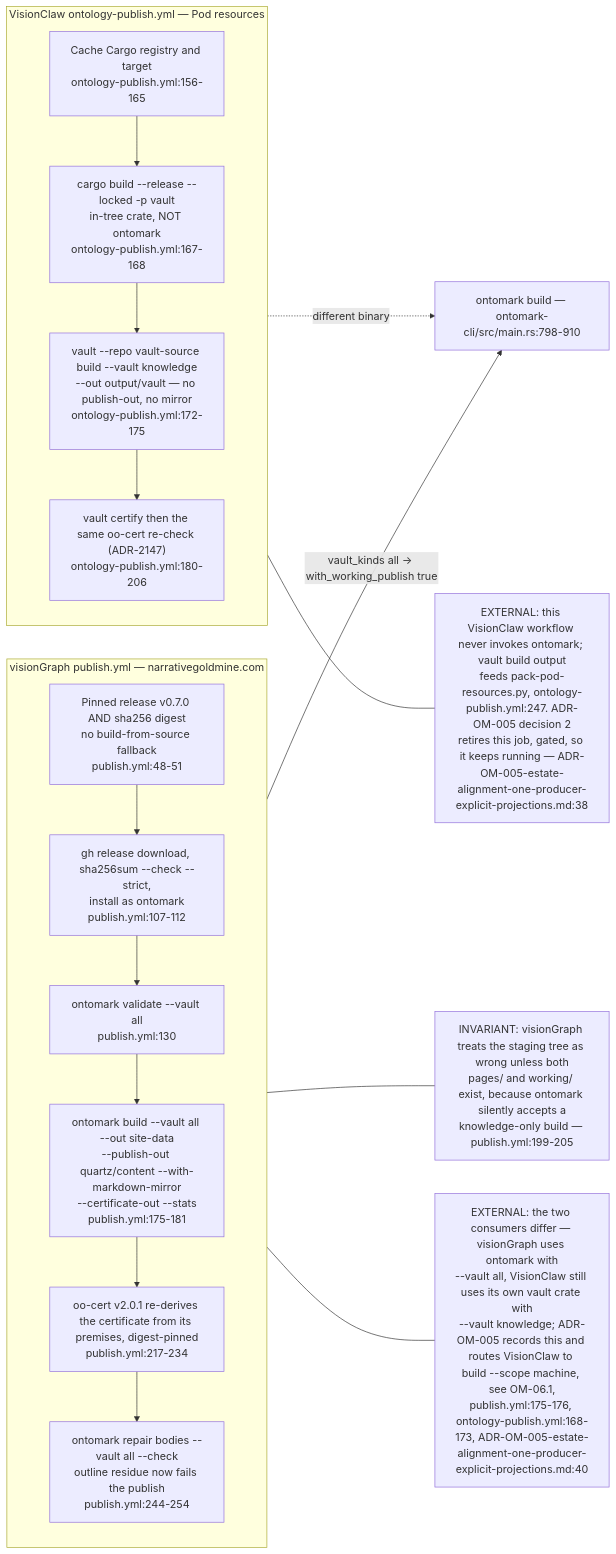
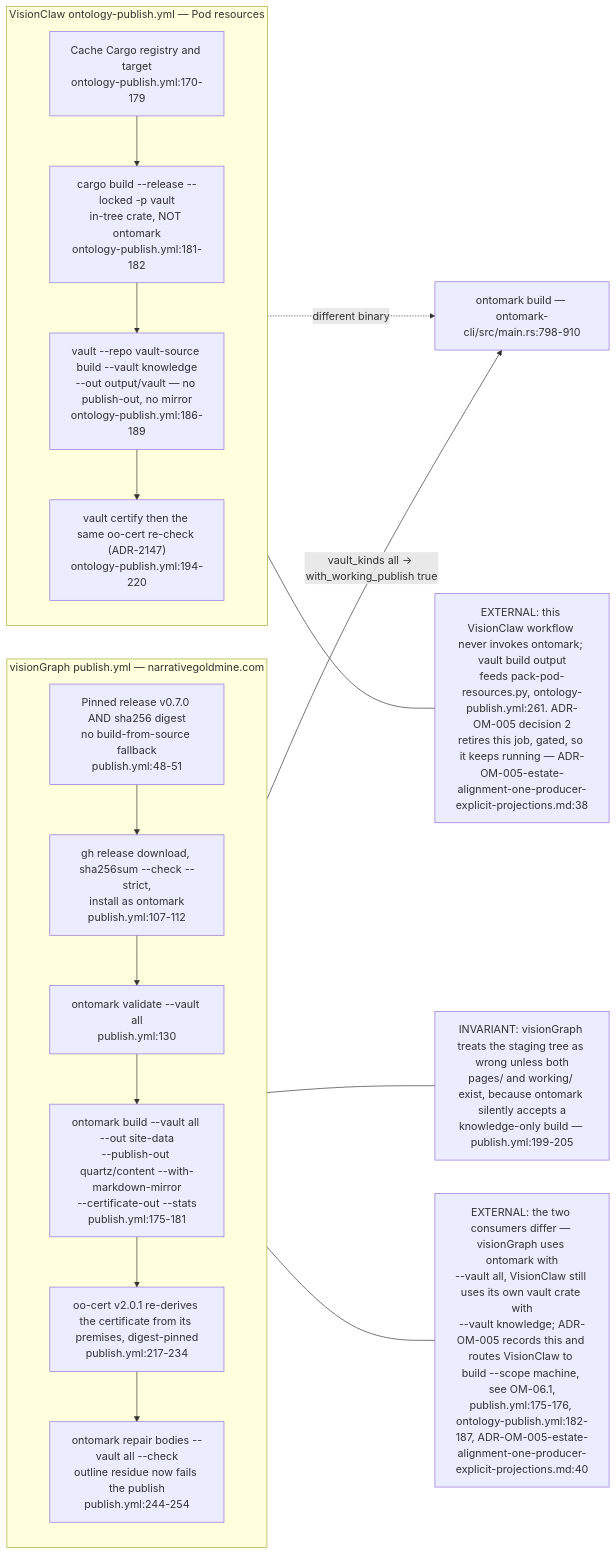
One commit to DreamLab-AI/VisionFlow changed the fifth of 6 diagrams in docs/diagrams/ontomark/05-cli-commands-vault-selector-and-exit-codes.md. Above: the diagram before and after it, drawn with Mermaid. The commit also changed other lines of this file and 154 other files, not shown here.

First line of the commit message:
docs(diagrams): re-stamp 154 topics whose every citation still reads the same text at the current heads

````diff
--- a/docs/diagrams/ontomark/05-cli-commands-vault-selector-and-exit-codes.md
+++ b/docs/diagrams/ontomark/05-cli-commands-vault-selector-and-exit-codes.md
@@ -203,30 +203,30 @@
 ```mermaid
 flowchart LR
     subgraph VG["visionGraph publish.yml — narrativegoldmine.com"]
         direction TB
         VGPIN["Pinned release v0.7.0 AND sha256 digest<br/>no build-from-source fallback<br/>publish.yml:48-51"]
         VGFETCH["gh release download, sha256sum --check --strict,<br/>install as ontomark<br/>publish.yml:107-112"]
         VGVAL["ontomark validate --vault all<br/>publish.yml:130"]
         VGBUILD["ontomark build --vault all --out site-data<br/>--publish-out quartz/content --with-markdown-mirror<br/>--certificate-out --stats<br/>publish.yml:175-181"]
         VGCERT["oo-cert v2.0.1 re-derives the certificate from its premises, digest-pinned<br/>publish.yml:217-234"]
         VGREP["ontomark repair bodies --vault all --check<br/>outline residue now fails the publish<br/>publish.yml:244-254"]
         VGPIN --> VGFETCH --> VGVAL --> VGBUILD --> VGCERT --> VGREP
     end
     subgraph VC["VisionClaw ontology-publish.yml — Pod resources"]
         direction TB
-        VCCACHE["Cache Cargo registry and target<br/>ontology-publish.yml:156-165"]
-        VCBUILD["cargo build --release --locked -p vault<br/>in-tree crate, NOT ontomark<br/>ontology-publish.yml:167-168"]
-        VCRUN["vault --repo vault-source build --vault knowledge<br/>--out output/vault — no publish-out, no mirror<br/>ontology-publish.yml:172-175"]
-        VCCERT["vault certify then the same oo-cert re-check (ADR-2147)<br/>ontology-publish.yml:180-206"]
+        VCCACHE["Cache Cargo registry and target<br/>ontology-publish.yml:170-179"]
+        VCBUILD["cargo build --release --locked -p vault<br/>in-tree crate, NOT ontomark<br/>ontology-publish.yml:181-182"]
+        VCRUN["vault --repo vault-source build --vault knowledge<br/>--out output/vault — no publish-out, no mirror<br/>ontology-publish.yml:186-189"]
+        VCCERT["vault certify then the same oo-cert re-check (ADR-2147)<br/>ontology-publish.yml:194-220"]
         VCCACHE --> VCBUILD --> VCRUN --> VCCERT
     end
     BIN["ontomark build — ontomark-cli/src/main.rs:798-910"]
     VGBUILD -->|"vault_kinds all -> with_working_publish true"| BIN
     VCRUN -.->|"different binary"| BIN
-    n1["EXTERNAL: the two consumers differ — visionGraph uses ontomark with<br/>--vault all, VisionClaw still uses its own vault crate with<br/>--vault knowledge; ADR-OM-005 records this and routes VisionClaw to build --scope machine, see OM-06.1,<br/>publish.yml:175-176, ontology-publish.yml:168-173, ADR-OM-005-estate-alignment-one-producer-explicit-projections.md:40"]
-    n2["EXTERNAL: this VisionClaw workflow never invokes ontomark; vault build output<br/>feeds pack-pod-resources.py, ontology-publish.yml:247. ADR-OM-005 decision 2<br/>retires this job, gated, so it keeps running — ADR-OM-005-estate-alignment-one-producer-explicit-projections.md:38"]
+    n1["EXTERNAL: the two consumers differ — visionGraph uses ontomark with<br/>--vault all, VisionClaw still uses its own vault crate with<br/>--vault knowledge; ADR-OM-005 records this and routes VisionClaw to build --scope machine, see OM-06.1,<br/>publish.yml:175-176, ontology-publish.yml:182-187, ADR-OM-005-estate-alignment-one-producer-explicit-projections.md:40"]
+    n2["EXTERNAL: this VisionClaw workflow never invokes ontomark; vault build output<br/>feeds pack-pod-resources.py, ontology-publish.yml:261. ADR-OM-005 decision 2<br/>retires this job, gated, so it keeps running — ADR-OM-005-estate-alignment-one-producer-explicit-projections.md:38"]
     n3["INVARIANT: visionGraph treats the staging tree as wrong unless both<br/>pages/ and working/ exist, because ontomark silently accepts a<br/>knowledge-only build — publish.yml:199-205"]
     VG --- n1
     VC --- n2
     VGBUILD --- n3
 ```
````
